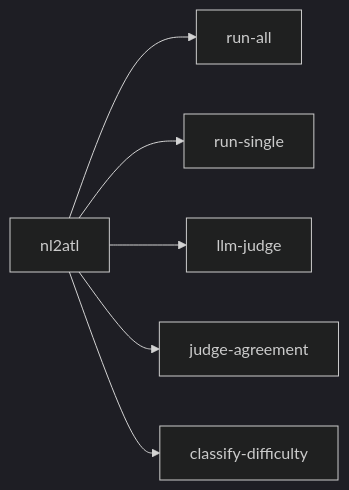
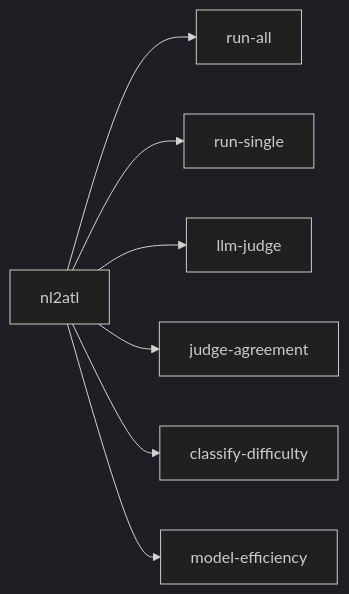
The first of 2 diagrams in docs/usage.md (vladanaSTM/nl2atl), drawn with Mermaid (dark theme) before and after one commit. The commit also changed other lines of this file and 16 other files, not shown here.

````diff
--- a/docs/usage.md
+++ b/docs/usage.md
@@ -17,8 +7,9 @@
 ```mermaid
 flowchart LR
     A[nl2atl] --> B[run-all]
     A --> C[run-single]
     A --> D[llm-judge]
     A --> E[judge-agreement]
     A --> F[classify-difficulty]
+    A --> G[model-efficiency]
 ```
````
